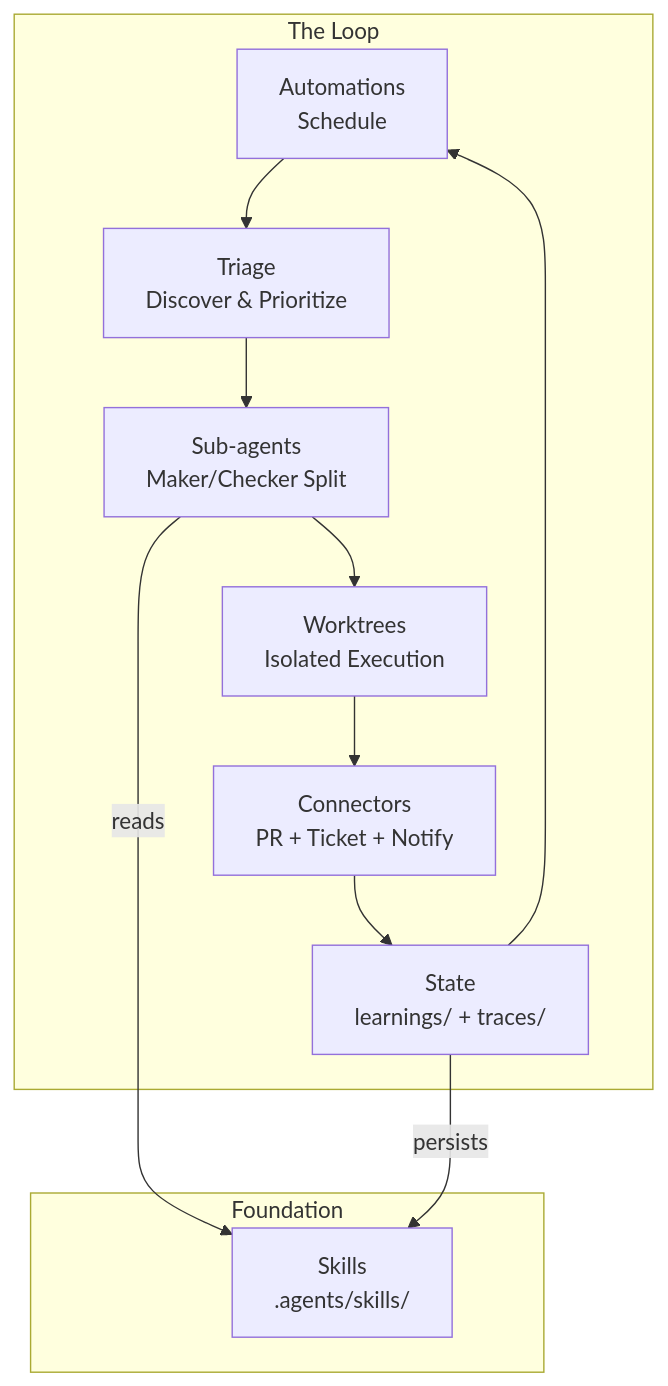
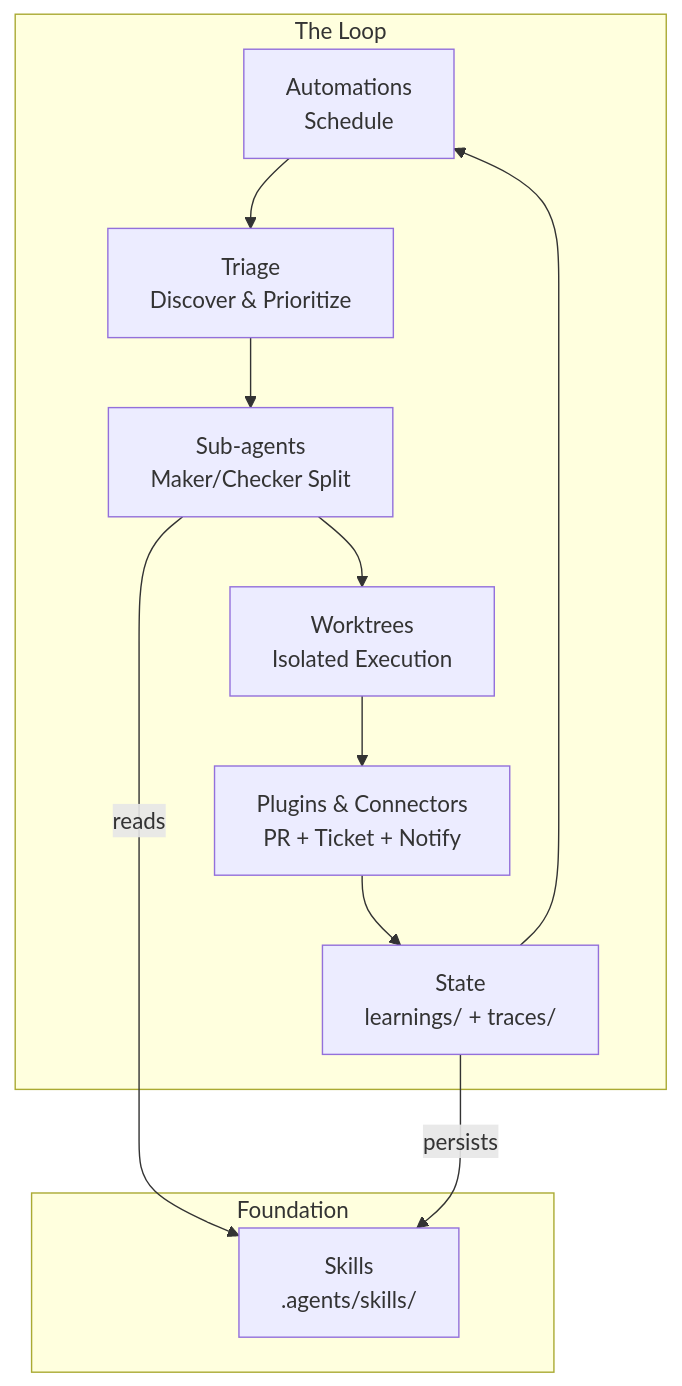
The first of 7 diagrams in docs/architecture.md (shira022/loop-engineering-template), drawn with Mermaid before and after one commit. The commit also changed other lines of this file and 5 other files, not shown here.

````diff
--- a/docs/architecture.md
+++ b/docs/architecture.md
@@ -18,17 +18,17 @@
 ```mermaid
 graph TD
     subgraph "The Loop"
         A[Automations<br/>Schedule] --> B[Triage<br/>Discover & Prioritize]
         B --> C[Sub-agents<br/>Maker/Checker Split]
         C --> D[Worktrees<br/>Isolated Execution]
-        D --> E[Connectors<br/>PR + Ticket + Notify]
+        D --> E[Plugins & Connectors<br/>PR + Ticket + Notify]
         E --> F[State<br/>learnings/ + traces/]
         F --> A
     end
     
     subgraph "Foundation"
         S[Skills<br/>.agents/skills/]
         C -->|reads| S
         F -->|persists| S
     end
 ```
````
